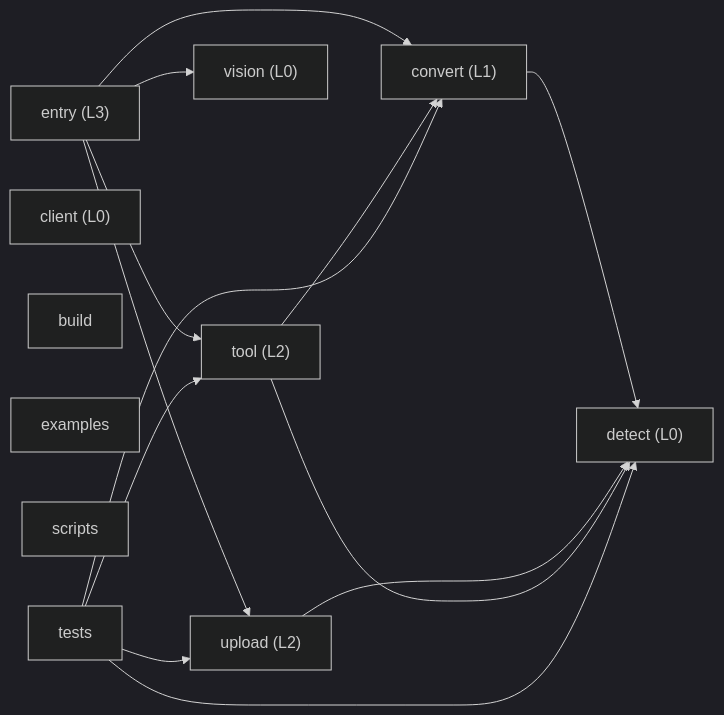
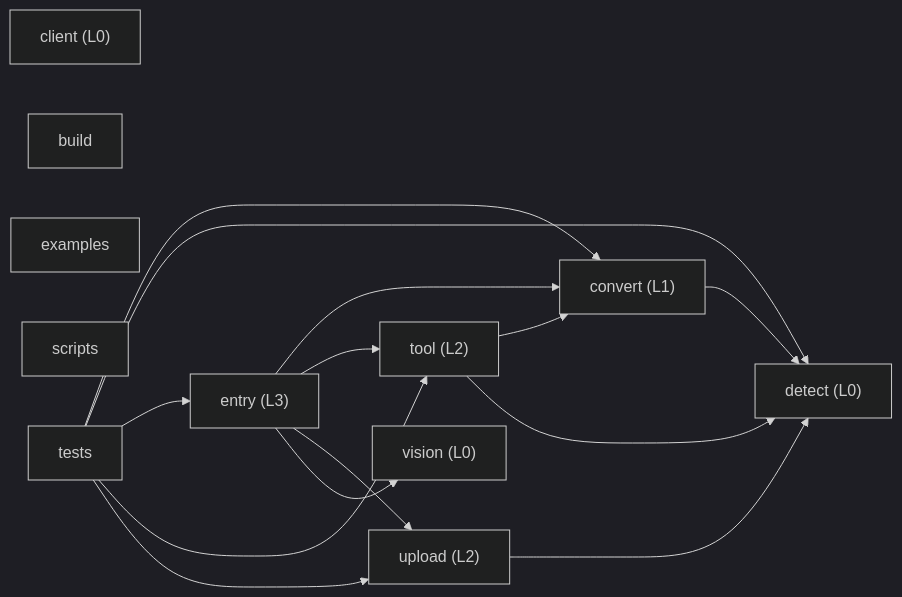
The diagram in ARCHITECTURE.md (HongMing-Huang/dsh-file-upload), drawn with Mermaid (dark theme) before and after one commit. The commit also changed other lines of this file and 5 other files, not shown here.

````diff
--- a/ARCHITECTURE.md
+++ b/ARCHITECTURE.md
@@ -77,26 +77,27 @@
 ```mermaid
 graph LR
   convert["convert (L1)"]
   upload["upload (L2)"]
   detect["detect (L0)"]
   vision["vision (L0)"]
   entry["entry (L3)"]
   tool["tool (L2)"]
   client["client (L0)"]
   build["build"]
   examples["examples"]
   scripts["scripts"]
   tests["tests"]
   convert --> detect
   upload --> detect
   entry --> convert
   entry --> tool
   entry --> upload
   entry --> vision
   tool --> convert
   tool --> detect
   tests --> convert
   tests --> detect
+  tests --> entry
   tests --> tool
   tests --> upload
 ```
````
